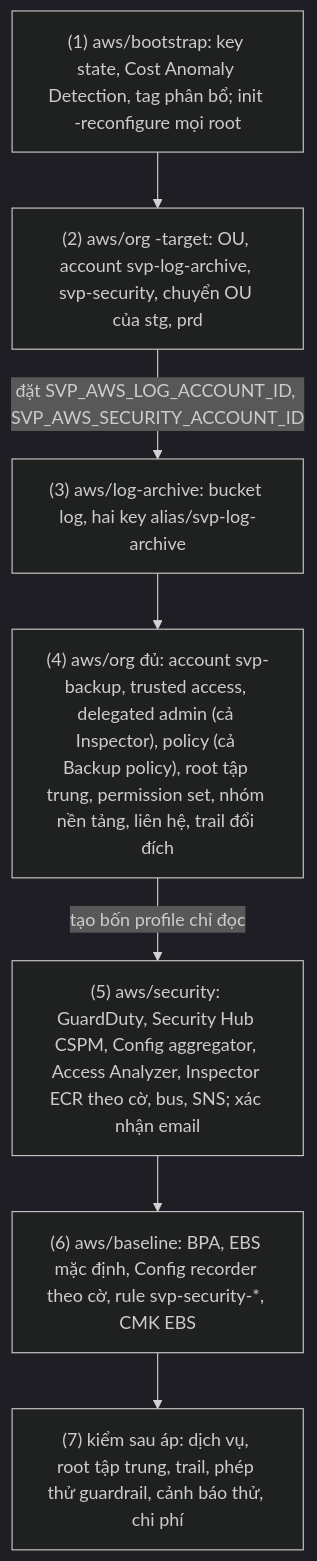
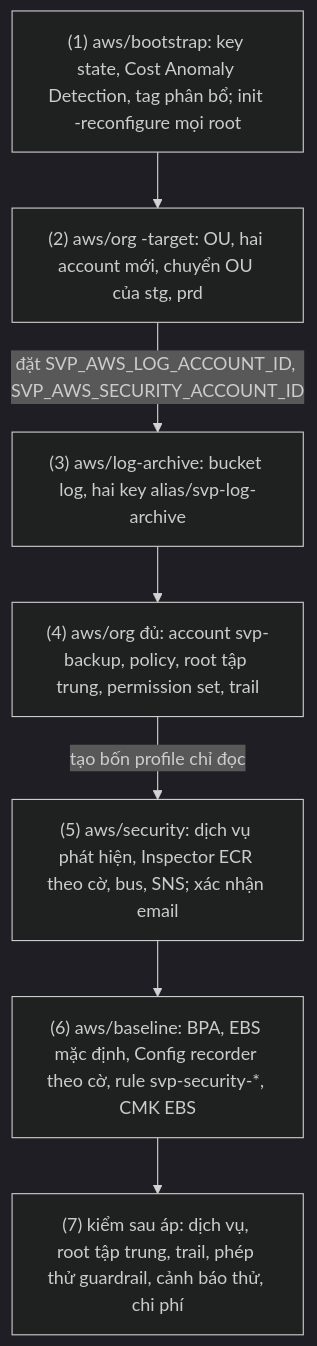
Before and after one commit to anhnvcoder/svp-infra: the diagram in docs/runbooks/org-security-setup.md, drawn with Mermaid (dark theme). The commit also changed other lines of this file and 3 other files, not shown here.

````diff
--- a/docs/runbooks/org-security-setup.md
+++ b/docs/runbooks/org-security-setup.md
@@ -26,10 +26,10 @@
 ```mermaid
 flowchart TD
   B1["(1) aws/bootstrap: key state, Cost Anomaly Detection, tag phân bổ; init -reconfigure mọi root"] --> B2
-  B2["(2) aws/org -target: OU, account svp-log-archive, svp-security, chuyển OU của stg, prd"] -->|đặt SVP_AWS_LOG_ACCOUNT_ID, SVP_AWS_SECURITY_ACCOUNT_ID| B3
+  B2["(2) aws/org -target: OU, hai account mới, chuyển OU của stg, prd"] -->|đặt SVP_AWS_LOG_ACCOUNT_ID, SVP_AWS_SECURITY_ACCOUNT_ID| B3
   B3["(3) aws/log-archive: bucket log, hai key alias/svp-log-archive"] --> B4
-  B4["(4) aws/org đủ: account svp-backup, trusted access, delegated admin (cả Inspector), policy (cả Backup policy), root tập trung, permission set, nhóm nền tảng, liên hệ, trail đổi đích"] -->|tạo bốn profile chỉ đọc| B5
-  B5["(5) aws/security: GuardDuty, Security Hub CSPM, Config aggregator, Access Analyzer, Inspector ECR theo cờ, bus, SNS; xác nhận email"] --> B6
+  B4["(4) aws/org đủ: account svp-backup, policy, root tập trung, permission set, trail"] -->|tạo bốn profile chỉ đọc| B5
+  B5["(5) aws/security: dịch vụ phát hiện, Inspector ECR theo cờ, bus, SNS; xác nhận email"] --> B6
   B6["(6) aws/baseline: BPA, EBS mặc định, Config recorder theo cờ, rule svp-security-*, CMK EBS"] --> B7
   B7["(7) kiểm sau áp: dịch vụ, root tập trung, trail, phép thử guardrail, cảnh báo thử, chi phí"]
 ```
````
